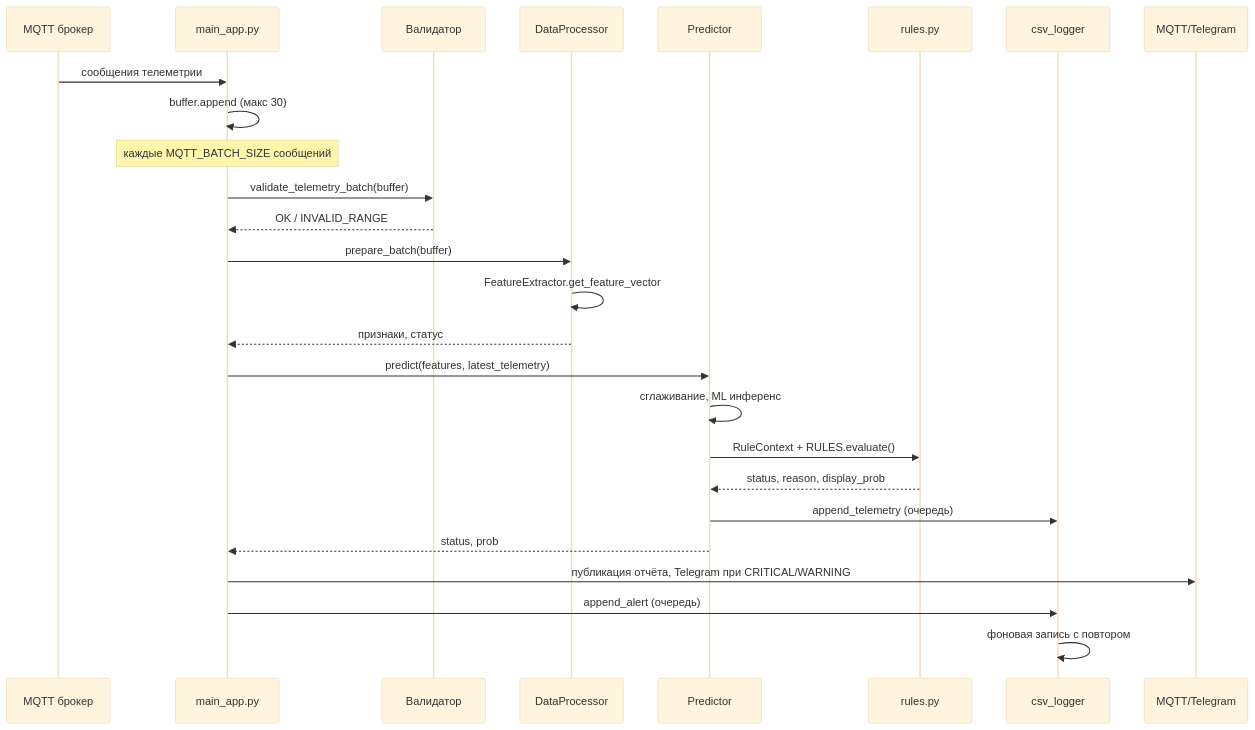
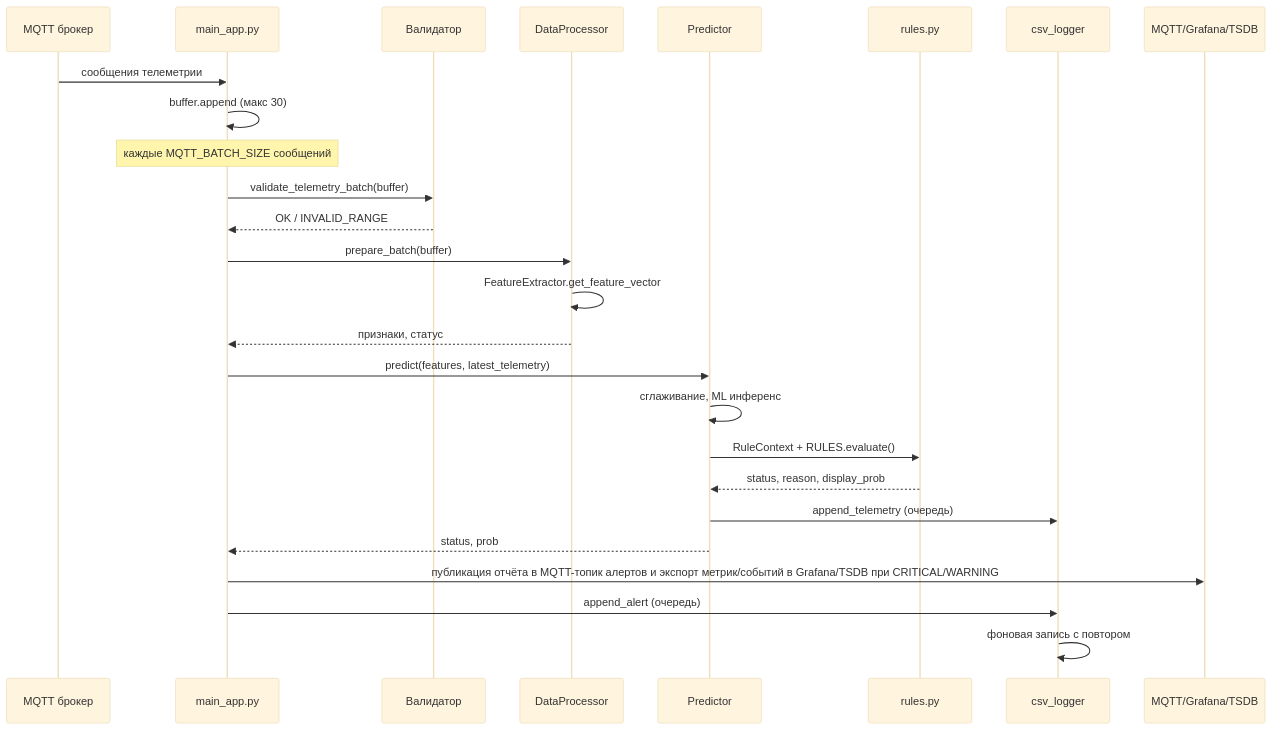
One commit to plantagenet777/dev-workspace-2026 changed the second of 3 diagrams in docs/ru/ARCHITECTURE.md. Above: the diagram before and after it, drawn with Mermaid (base theme). The commit also changed other lines of this file and 6 other files, not shown here.

First line of the commit message:
docs: switch architecture and rules output from Telegram to Grafana/TSDB

````diff
--- a/docs/ru/ARCHITECTURE.md
+++ b/docs/ru/ARCHITECTURE.md
@@ -52,29 +52,29 @@
 ```mermaid
 sequenceDiagram
     participant MQTT as MQTT брокер
     participant App as main_app.py
     participant Val as Валидатор
     participant Proc as DataProcessor
     participant Pred as Predictor
     participant Rules as rules.py
     participant CSV as csv_logger
-    participant Out as MQTT/Telegram
+    participant Out as MQTT/Grafana/TSDB
 
     MQTT->>App: сообщения телеметрии
     App->>App: buffer.append (макс 30)
     Note over App: каждые MQTT_BATCH_SIZE сообщений
     App->>Val: validate_telemetry_batch(buffer)
     Val-->>App: OK / INVALID_RANGE
     App->>Proc: prepare_batch(buffer)
     Proc->>Proc: FeatureExtractor.get_feature_vector
     Proc-->>App: признаки, статус
     App->>Pred: predict(features, latest_telemetry)
     Pred->>Pred: сглаживание, ML инференс
     Pred->>Rules: RuleContext + RULES.evaluate()
     Rules-->>Pred: status, reason, display_prob
     Pred->>CSV: append_telemetry (очередь)
     Pred-->>App: status, prob
-    App->>Out: публикация отчёта, Telegram при CRITICAL/WARNING
+    App->>Out: публикация отчёта в MQTT-топик алертов и экспорт метрик/событий в Grafana/TSDB при CRITICAL/WARNING
     App->>CSV: append_alert (очередь)
     CSV->>CSV: фоновая запись с повтором
 ```
````
